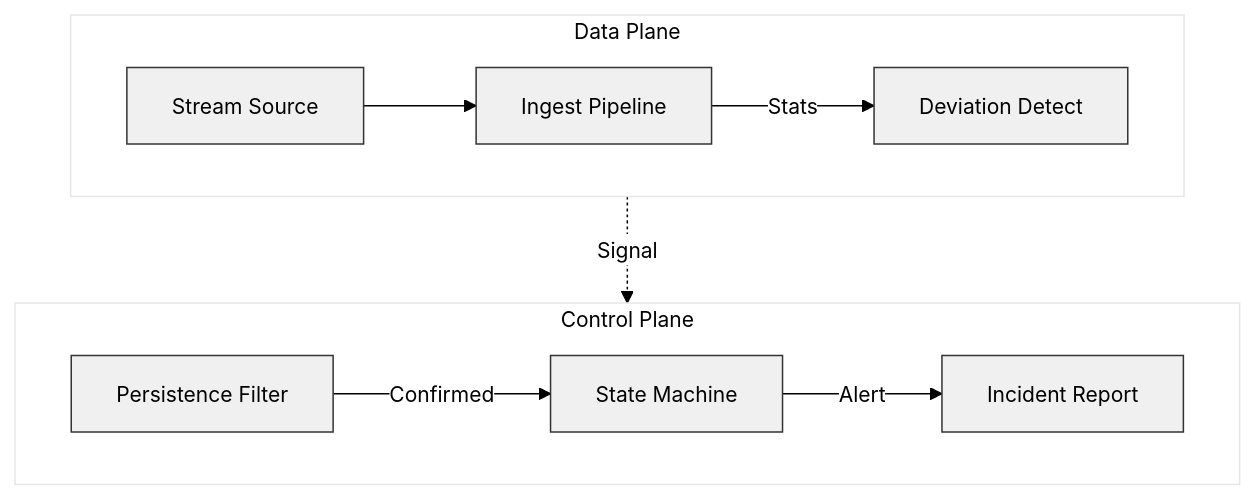
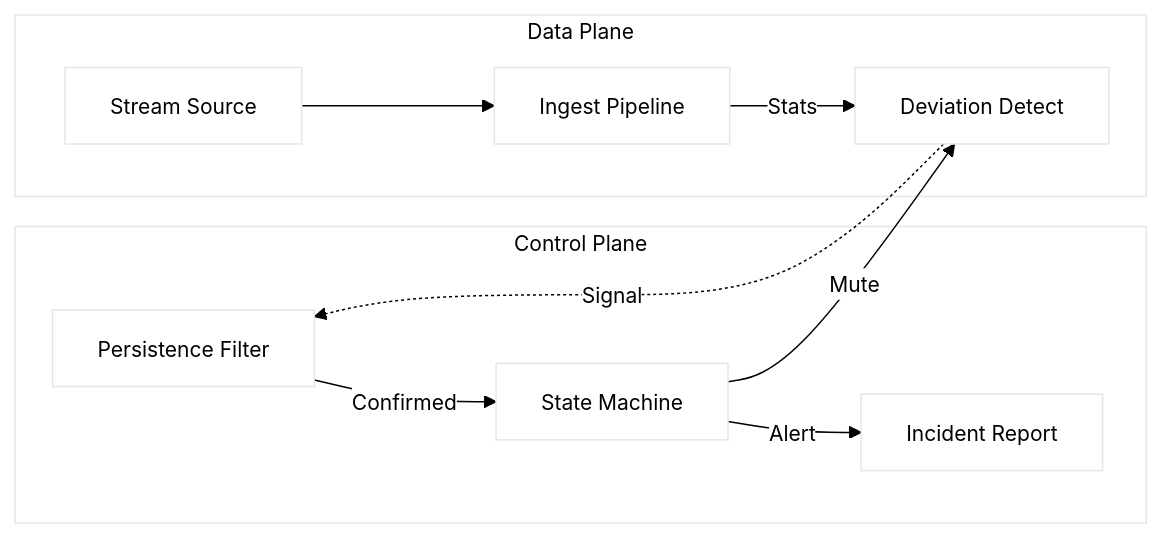
Before and after one commit to Mihirmaru22/BLACKICE: the diagram in README.md, drawn with Mermaid.

Commit message:
docs: simplify architecture diagram style while keeping structural updates

````diff
--- a/README.md
+++ b/README.md
@@ -27,71 +27,31 @@
 ```mermaid
-%%{init: {
-  'theme': 'base',
-  'themeVariables': {
-    'primaryColor': '#ffffff',
-    'primaryTextColor': '#000000',
-    'primaryBorderColor': '#000000',
-    'lineColor': '#000000',
-    'tertiaryColor': '#ffffff',
-    'fontFamily': 'Courier New, monospace',
-    'fontSize': '14px'
-  },
-  'flowchart': {
-    'curve': 'basis',
-    'htmlLabels': true
-  }
-}}%%
+%%{init: {'theme': 'base', 'themeVariables': { 'primaryColor': '#ffffff', 'primaryTextColor': '#000', 'lineColor': '#000', 'fontFamily': 'Courier New, monospace', 'fontSize': '14px'}, 'flowchart': {'curve': 'basis'}}}%%
 
-graph TB
-    %% ---------------------------------------------------------
-    %% STYLES
-    %% ---------------------------------------------------------
-    %% 'box' style: Light grey fill, sharp black border
-    classDef box fill:#f0f0f0,stroke:#333,stroke-width:1px,color:#000;
-    %% 'transparent' style: No fill, just border (for subgraphs/containers if needed)
-    classDef container fill:#fff,stroke:#333,stroke-width:1px,stroke-dasharray: 0;
+graph LR
+  %% 1. Define Subgraphs
+  subgraph Control["Control Plane"]
+    PF[Persistence Filter]
+    SM[State Machine]
+    IR[Incident Report]
+  end
 
-    %% ---------------------------------------------------------
-    %% TOP LAYER: CONTROL PLANE
-    %% ---------------------------------------------------------
-    subgraph CP [Control Plane]
-        direction LR
-        
-        %% Nodes
-        PF[Persistence Filter]:::box
-        SM[State Machine]:::box
-        IR[Incident Report]:::box
+  subgraph Data["Data Plane"]
+    SS[Stream Source]
+    IP[Ingest Pipeline]
+    DD[Deviation Detect]
+  end
 
-        %% Connections
-        PF -- Confirmed --> SM
-        SM -- Alert --> IR
-    end
+  %% 2. Data Plane Flow
+  SS --> IP
+  IP -->|Stats| DD
 
-    %% ---------------------------------------------------------
-    %% BOTTOM LAYER: DATA PLANE
-    %% ---------------------------------------------------------
-    subgraph DP [Data Plane]
-        direction LR
-        
-        %% Nodes
-        SS[Stream Source]:::box
-        IP[Ingest Pipeline]:::box
-        DD[Deviation Detect]:::box
+  %% 3. Cross-Layer Signal
+  DD -.->|Signal| PF
 
-        %% Connections
-        SS --> IP
-        IP -- Stats --> DD
-    end
+  %% 4. Control Plane Flow
+  PF -->|Confirmed| SM
+  SM -->|Alert| IR
 
-    %% ---------------------------------------------------------
-    %% CROSS-LAYER SIGNALS
-    %% ---------------------------------------------------------
-    %% The dotted line (Signal) moving up
-    DD -. Signal .-> PF
-
-    %% ---------------------------------------------------------
-    %% LINK STYLING
-    %% ---------------------------------------------------------
-    %% Force all lines to be smooth curves (basis) and black
-    linkStyle default stroke:#000,stroke-width:1px,fill:none;
+  %% 5. Feedback Loop
+  SM -->|Mute| DD
 ```
````
